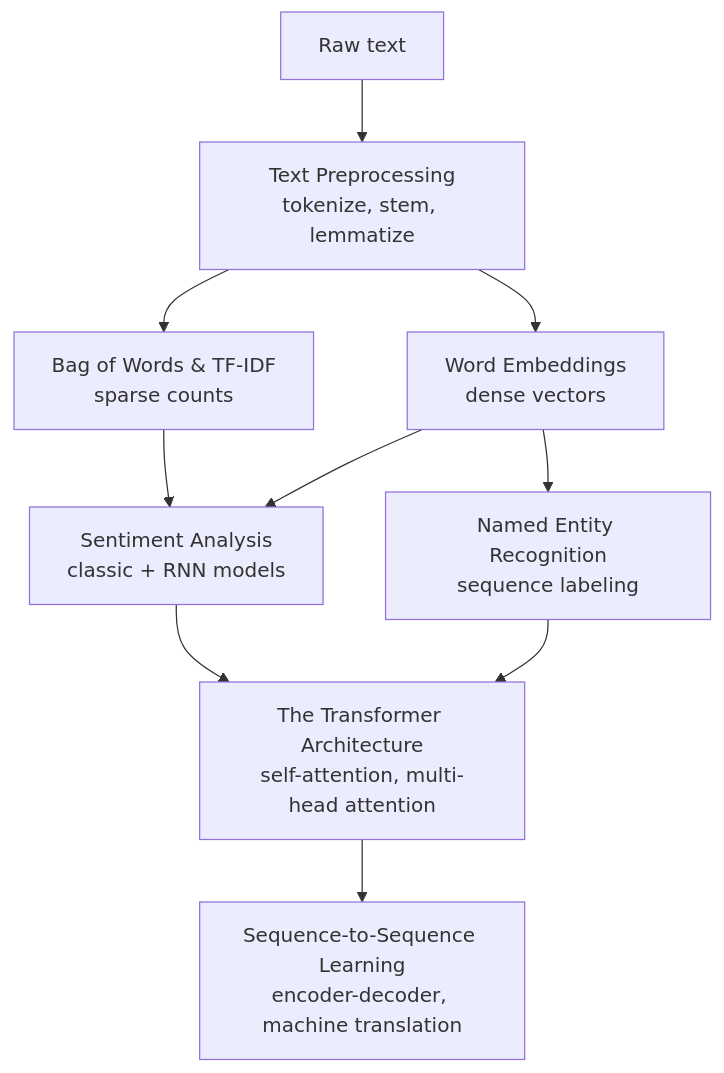
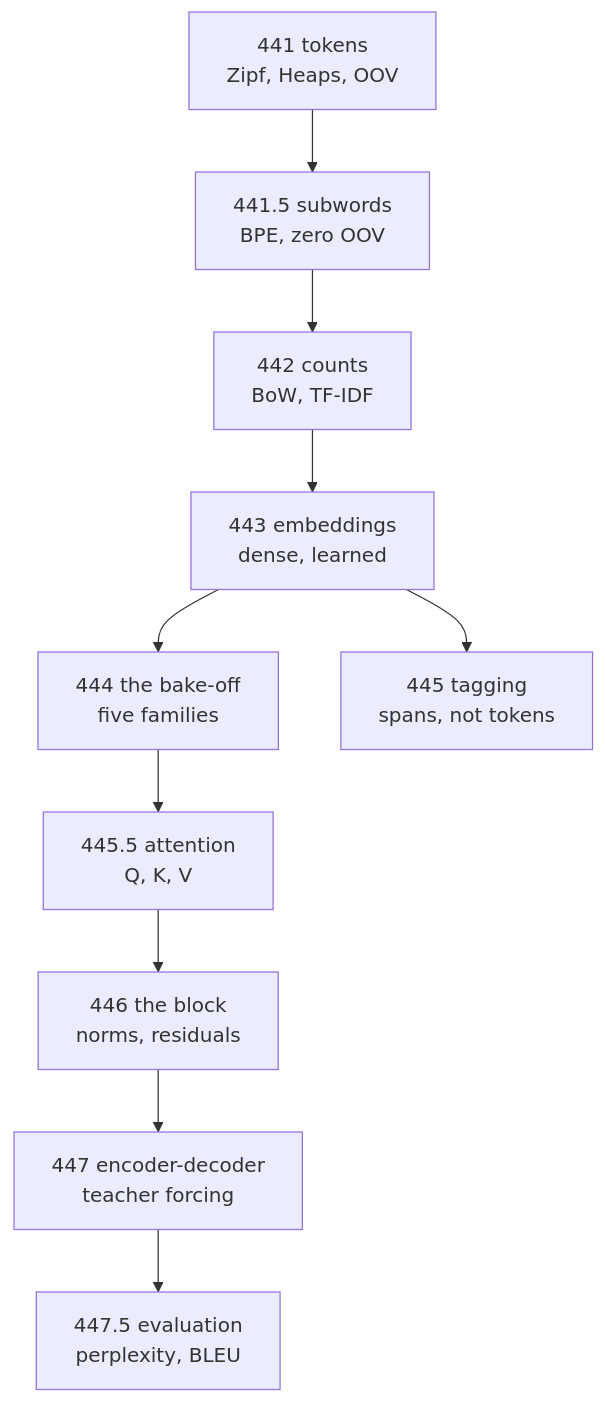
One commit to Ravikisha/PythonCentralHub changed the diagram in src/content/docs/Deep Learning/Phase 05 - NLP & Transformers/Phase 5 - NLP & Transformers.mdx. Above: the diagram before and after it, drawn with Mermaid. The commit also changed other lines of this file and 626 other files, not shown here.

````diff
--- a/src/content/docs/Deep Learning/Phase 05 - NLP & Transformers/Phase 5 - NLP & Transformers.mdx
+++ b/src/content/docs/Deep Learning/Phase 05 - NLP & Transformers/Phase 5 - NLP & Transformers.mdx
@@ -18,12 +36,12 @@
 ```mermaid
 flowchart TD
-  A["Raw text"] --> B["Text Preprocessing<br/>tokenize, stem, lemmatize"]
-  B --> C["Bag of Words & TF-IDF<br/>sparse counts"]
-  B --> D["Word Embeddings<br/>dense vectors"]
-  C --> E["Sentiment Analysis<br/>classic + RNN models"]
-  D --> E
-  D --> F["Named Entity Recognition<br/>sequence labeling"]
-  E --> G["The Transformer Architecture<br/>self-attention, multi-head attention"]
-  F --> G
-  G --> H["Sequence-to-Sequence Learning<br/>encoder-decoder, machine translation"]
+  A["441 tokens<br/>Zipf, Heaps, OOV"] --> B["441.5 subwords<br/>BPE, zero OOV"]
+  B --> C["442 counts<br/>BoW, TF-IDF"]
+  C --> D["443 embeddings<br/>dense, learned"]
+  D --> E["444 the bake-off<br/>five families"]
+  D --> F["445 tagging<br/>spans, not tokens"]
+  E --> G["445.5 attention<br/>Q, K, V"]
+  G --> H["446 the block<br/>norms, residuals"]
+  H --> I["447 encoder-decoder<br/>teacher forcing"]
+  I --> J["447.5 evaluation<br/>perplexity, BLEU"]
 ```
````
